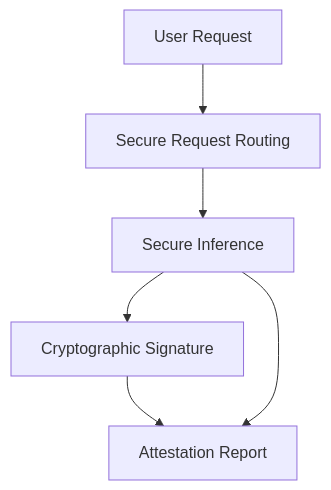
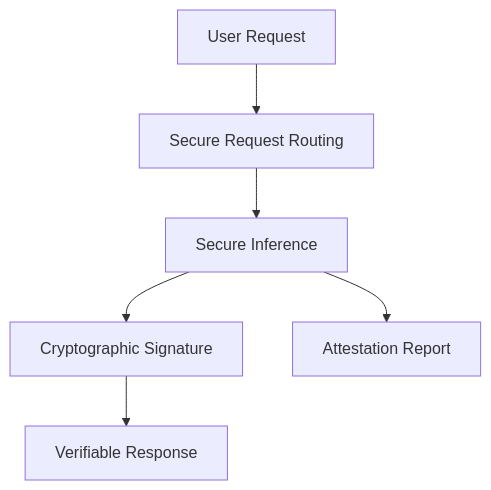
The diagram in docs/cloud/private-inference.md (nearai/nearai), drawn with Mermaid before and after one commit. The commit also changed 2 other files, not shown here.

Commit message:
docs: verification

````diff
--- a/docs/cloud/private-inference.md
+++ b/docs/cloud/private-inference.md
@@ -33,9 +33,9 @@
 ```mermaid
 graph TD
     A[User Request] --> B[Secure Request Routing]
     B --> C[Secure Inference]
     C --> D[Cryptographic Signature]
     D --> E[Verifiable Response]
     
-    C --> E[Attestation Report]
+    C --> F[Attestation Report]
 ```
````
